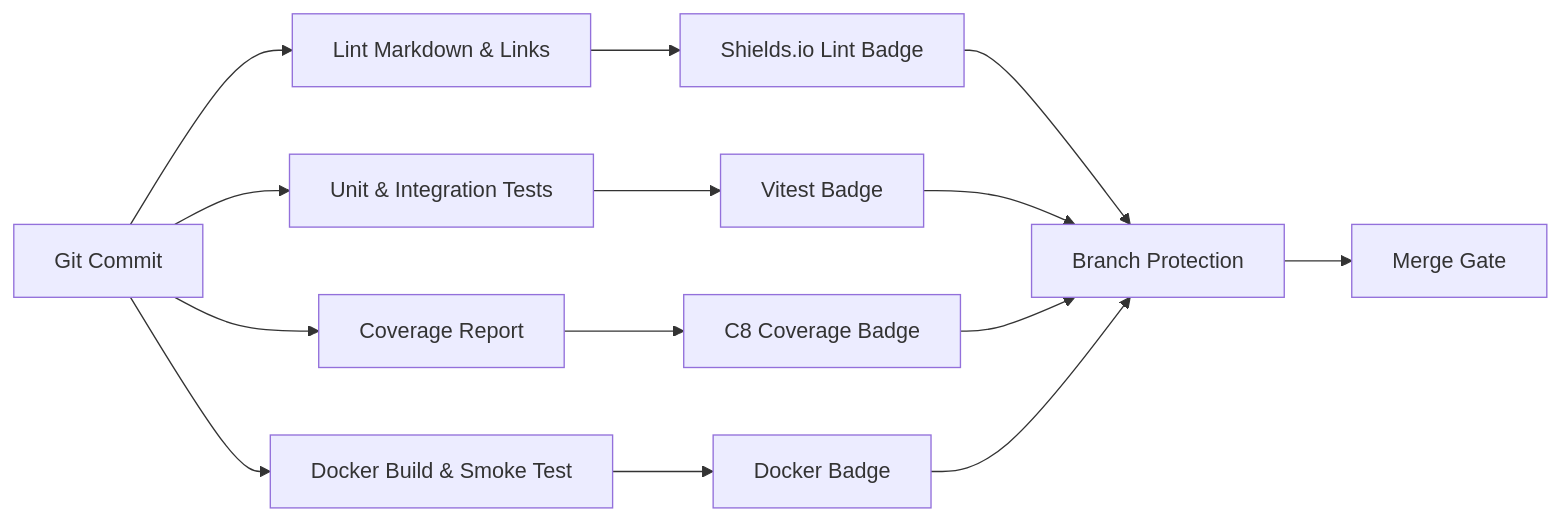
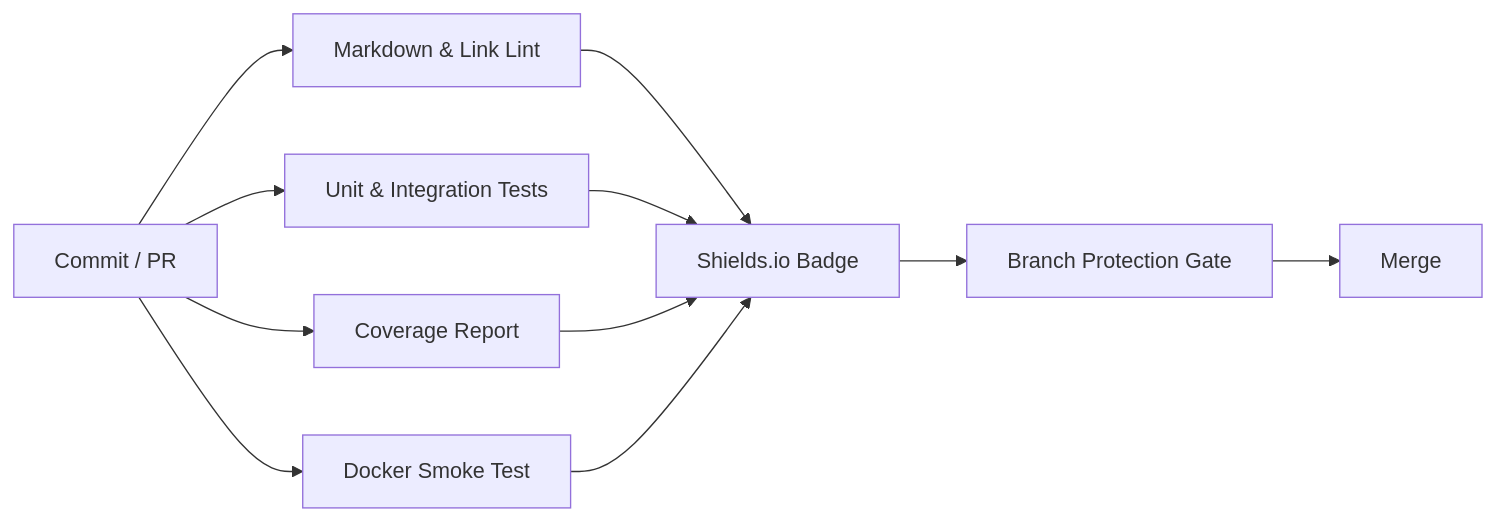
The sixth of 6 diagrams in docs/economics.md (MontrealAI/AGI-Alpha-Node-v0), drawn with Mermaid before and after one commit. The commit also changed other lines of this file, not shown here.

````diff
--- a/docs/economics.md
+++ b/docs/economics.md
@@ -456,16 +318,13 @@
 ```mermaid
 flowchart LR
-  commit[Git Commit] --> lint[Lint Markdown & Links]
-  commit --> test[Unit & Integration Tests]
-  commit --> coverage[Coverage Report]
-  commit --> docker[Docker Build & Smoke Test]
-  lint --> badge1[Shields.io Lint Badge]
-  test --> badge2[Vitest Badge]
-  coverage --> badge3[C8 Coverage Badge]
-  docker --> badge4[Docker Badge]
-  badge1 --> protect[Branch Protection]
-  badge2 --> protect
-  badge3 --> protect
-  badge4 --> protect
-  protect --> merge[Merge Gate]
+  Commit[Commit / PR] --> Lint[Markdown & Link Lint]
+  Commit --> Test[Unit & Integration Tests]
+  Commit --> Coverage[Coverage Report]
+  Commit --> Docker[Docker Smoke Test]
+  Lint --> Shields[Shields.io Badge]
+  Test --> Shields
+  Coverage --> Shields
+  Docker --> Shields
+  Shields --> Protection[Branch Protection Gate]
+  Protection --> Merge[Merge]
 ```
````
